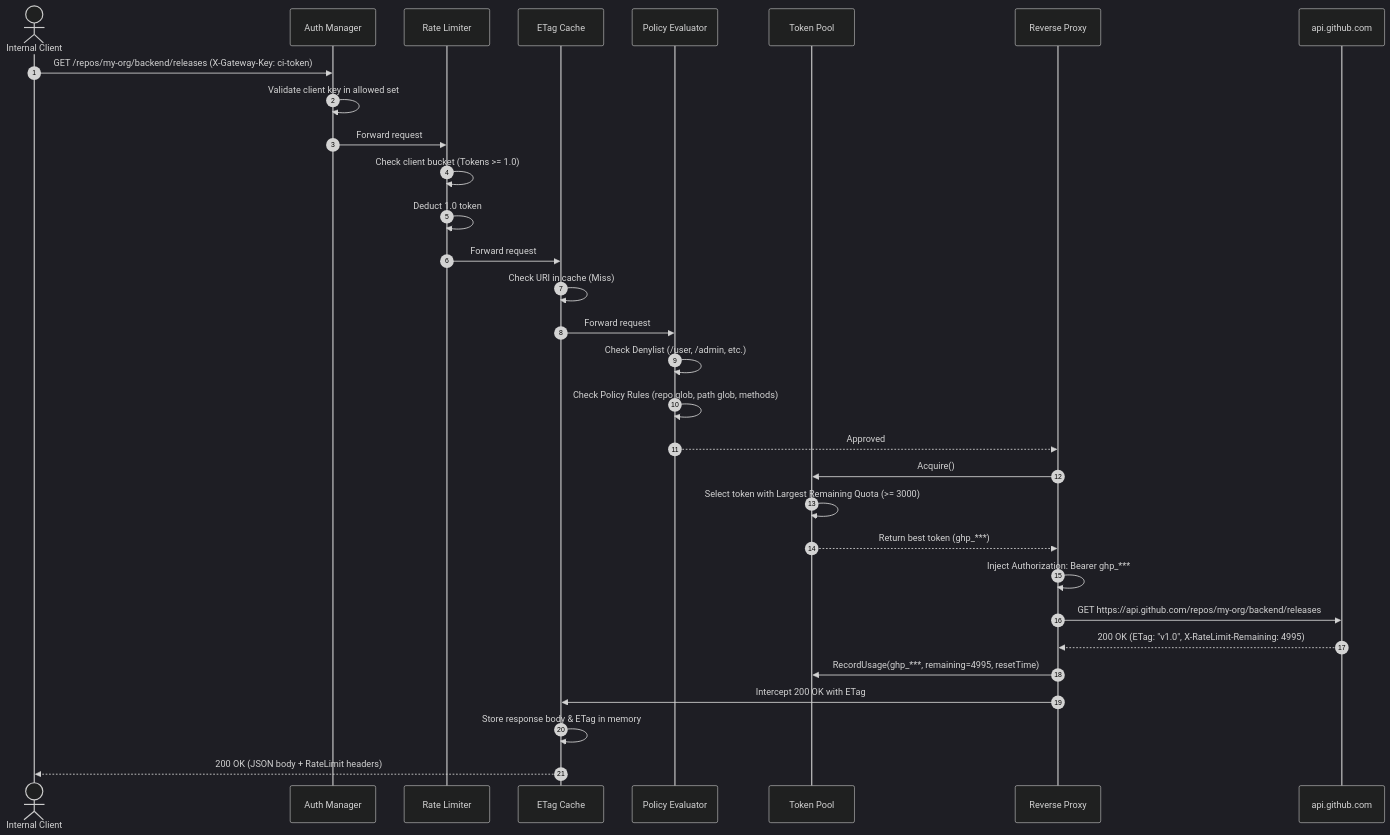
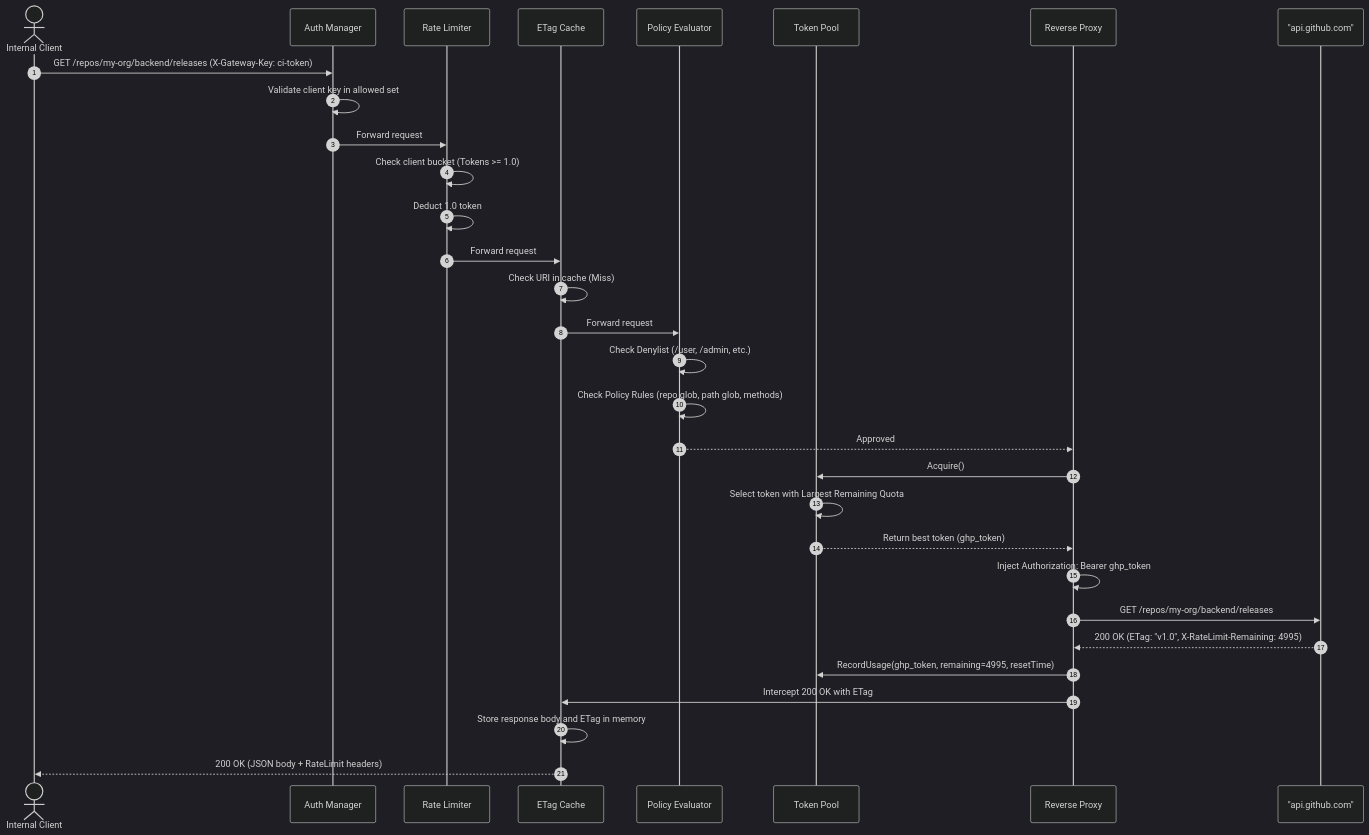
One commit to kjaapelania/github-api-gateway changed the second of 8 diagrams in docs/architecture.md. Above: the diagram before and after it, drawn with Mermaid (dark theme). The commit also changed other lines of this file and 10 other files, not shown here.

Commit message:
docs: resolve Mermaid rendering bugs and provide pre-rendered vector SVGs for all UML diagrams

````diff
--- a/docs/architecture.md
+++ b/docs/architecture.md
@@ -118,34 +132,34 @@
 ```mermaid
 sequenceDiagram
     autonumber
     actor Client as Internal Client
     participant Auth as Auth Manager
     participant RL as Rate Limiter
     participant Cache as ETag Cache
     participant Policy as Policy Evaluator
     participant Pool as Token Pool
     participant Proxy as Reverse Proxy
-    participant GitHub as api.github.com
+    participant GitHub as "api.github.com"
 
     Client->>Auth: GET /repos/my-org/backend/releases (X-Gateway-Key: ci-token)
     Auth->>Auth: Validate client key in allowed set
     Auth->>RL: Forward request
     RL->>RL: Check client bucket (Tokens >= 1.0)
     RL->>RL: Deduct 1.0 token
     RL->>Cache: Forward request
     Cache->>Cache: Check URI in cache (Miss)
     Cache->>Policy: Forward request
     Policy->>Policy: Check Denylist (/user, /admin, etc.)
     Policy->>Policy: Check Policy Rules (repo glob, path glob, methods)
     Policy-->>Proxy: Approved
     Proxy->>Pool: Acquire()
-    Pool->>Pool: Select token with Largest Remaining Quota (>= 3000)
-    Pool-->>Proxy: Return best token (ghp_***)
-    Proxy->>Proxy: Inject Authorization: Bearer ghp_***
-    Proxy->>GitHub: GET https://api.github.com/repos/my-org/backend/releases
+    Pool->>Pool: Select token with Largest Remaining Quota
+    Pool-->>Proxy: Return best token (ghp_token)
+    Proxy->>Proxy: Inject Authorization: Bearer ghp_token
+    Proxy->>GitHub: GET /repos/my-org/backend/releases
     GitHub-->>Proxy: 200 OK (ETag: "v1.0", X-RateLimit-Remaining: 4995)
-    Proxy->>Pool: RecordUsage(ghp_***, remaining=4995, resetTime)
+    Proxy->>Pool: RecordUsage(ghp_token, remaining=4995, resetTime)
     Proxy->>Cache: Intercept 200 OK with ETag
-    Cache->>Cache: Store response body & ETag in memory
+    Cache->>Cache: Store response body and ETag in memory
     Cache-->>Client: 200 OK (JSON body + RateLimit headers)
 ```
````
